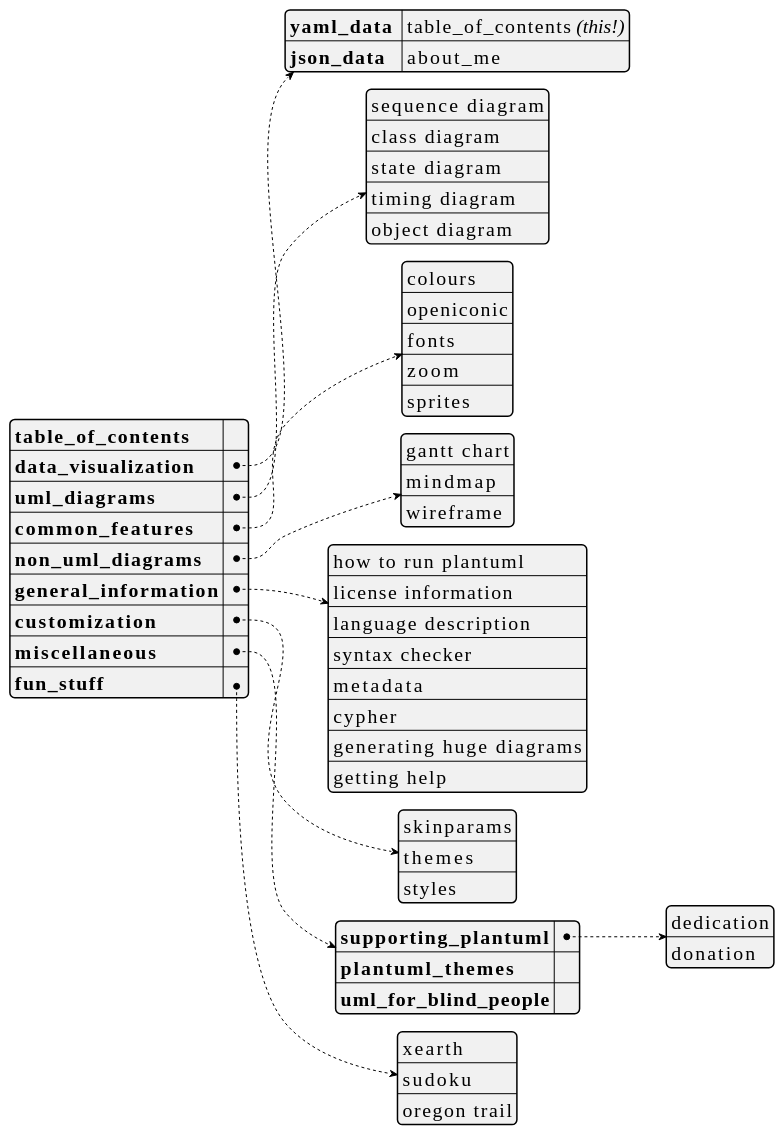
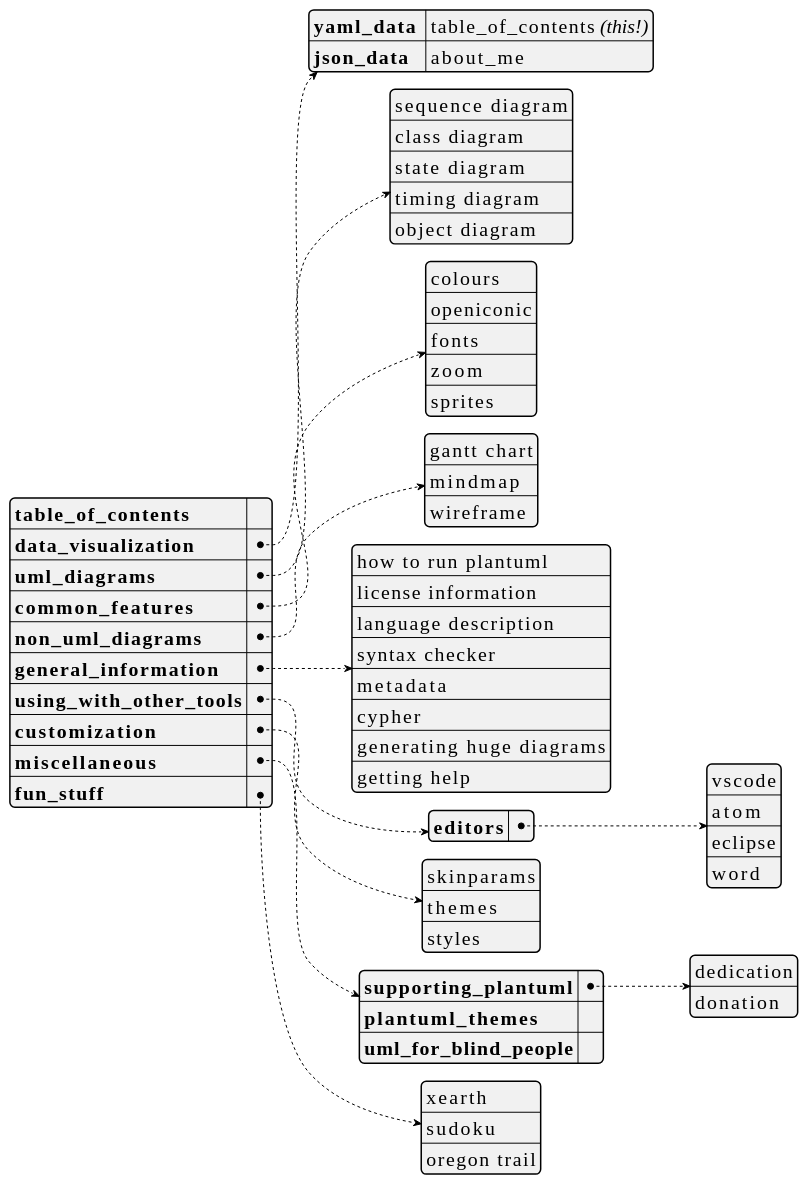
The first of 35 diagrams in plantuml_demo.md (dragondive/heavens-arena), drawn with PlantUML before and after one commit. The commit also changed other lines of this file and 3 other files, not shown here.

````diff
--- a/plantuml_demo.md
+++ b/plantuml_demo.md
@@ -27,66 +27,72 @@
 ```plantuml
 @startyaml
 <style>
 yamlDiagram {
     node {
         ' use a constant width font because that's what developers do.
         FontName Consolas
         FontSize 20
     }
 }
 </style>
 
 /'TODO:
 It would be cool to hyperlink the entries in the table_of_contents to the
 respective section in the document. Not only would it further accentuate the
 [Medium Awareness](https://tvtropes.org/pmwiki/pmwiki.php/Main/MediumAwareness)
 of this yaml document, but also augment the
 [Anachronic Order](https://tvtropes.org/pmwiki/pmwiki.php/Main/AnachronicOrder)
 of the outer markdown document.
 '/
 
 **table_of_contents**: ""  /' workaround: empty string here to avoid dummy link '/
 data_visualization:
     yaml_data : table_of_contents //(this!)//
     json_data : about_me
 uml_diagrams:
     - sequence diagram
     - class diagram
     - state diagram
     - timing diagram
     - object diagram
 common_features:
     - colours
     - openiconic
     - fonts
     - zoom
     - sprites
 non_uml_diagrams:
     - gantt chart
     - mindmap
     - wireframe
 general_information:
     - how to run plantuml
     - license information
     - language description
     - syntax checker
     - metadata
     - cypher
     - generating huge diagrams
     - getting help
+using_with_other_tools:
+    editors:
+        - vscode
+        - atom
+        - eclipse
+        - word
 customization:
     - skinparams
     - themes
     - styles
 miscellaneous:
     supporting_plantuml:
         - dedication
         - donation
     plantuml_themes: ""
     uml_for_blind_people: ""
 fun_stuff:
     - xearth
     - sudoku
     - oregon trail
 @endyaml
 ```
````
